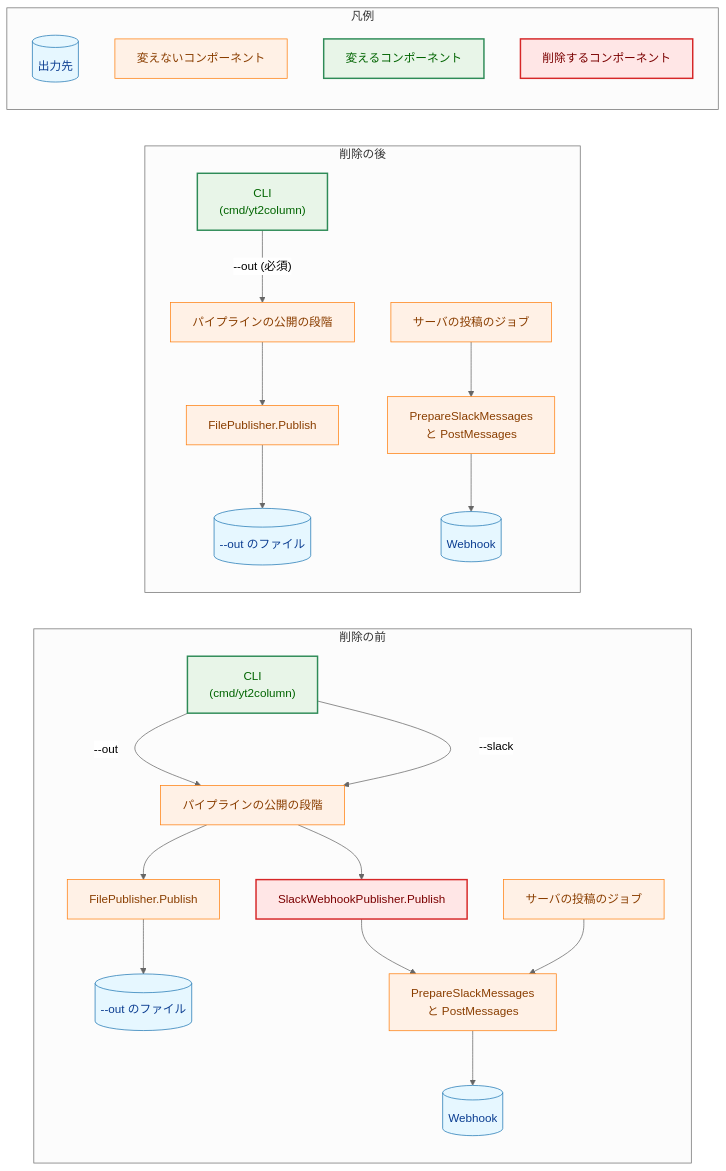
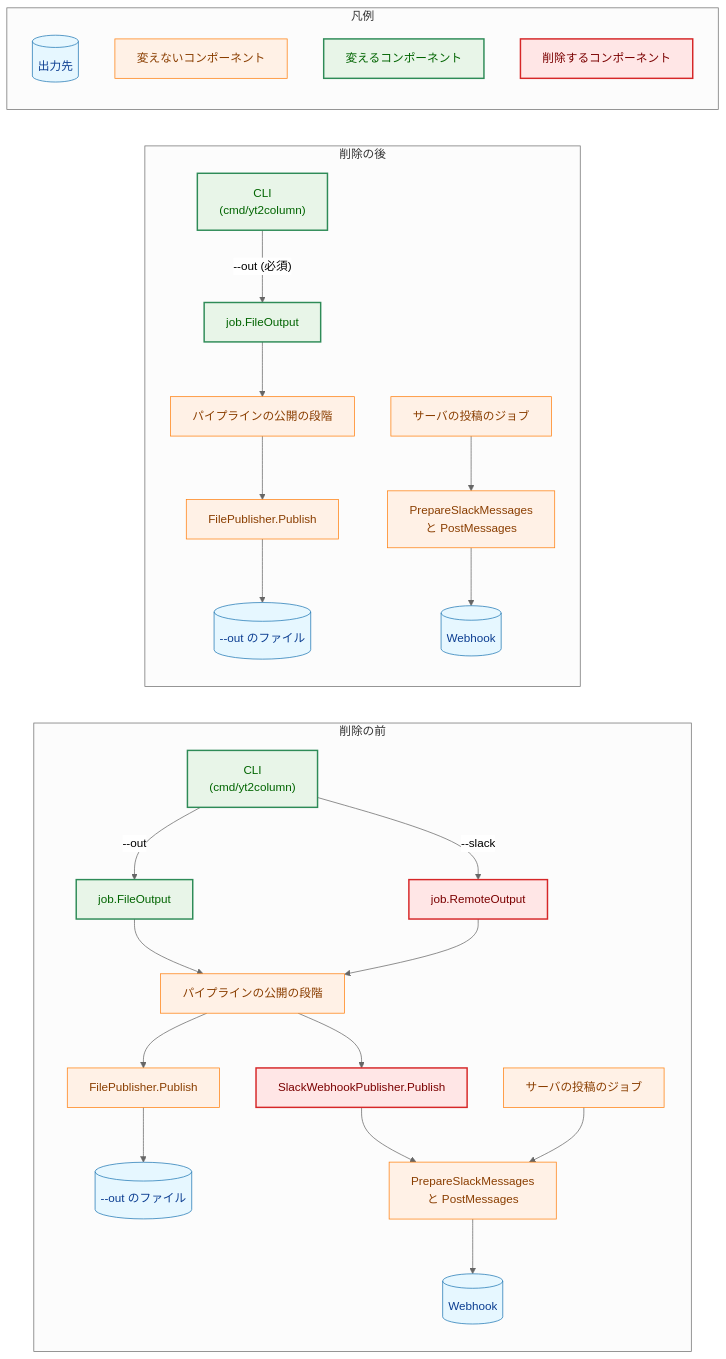
Before and after one commit to isseis/yt2column: the first of 4 diagrams in docs/tasks/0062_remove_cli_slack/02_architecture.md, drawn with Mermaid (neutral theme). The commit also changed other lines of this file, not shown here.

First line of the commit message:
docs(0062): address the architecture review findings

````diff
--- a/docs/tasks/0062_remove_cli_slack/02_architecture.md
+++ b/docs/tasks/0062_remove_cli_slack/02_architecture.md
@@ -30,51 +31,54 @@
 ```mermaid
 flowchart LR
     classDef data fill:#e6f7ff,stroke:#1f77b4,stroke-width:1px,color:#0b3d91;
     classDef process fill:#fff1e6,stroke:#ff7f0e,stroke-width:1px,color:#8a3e00;
     classDef enhanced fill:#e8f5e8,stroke:#2e8b57,stroke-width:2px,color:#006400;
     classDef problem fill:#ffe6e6,stroke:#d62728,stroke-width:2px,color:#7b0000;
 
     subgraph Before["削除の前"]
         CLI1["CLI<br>(cmd/yt2column)"]
+        FOUT1["job.FileOutput"]
+        ROUT1["job.RemoteOutput"]
         PIPE1["パイプラインの公開の段階"]
         FILE1["FilePublisher.Publish"]
         PUB1["SlackWebhookPublisher.Publish"]
         SRV1["サーバの投稿のジョブ"]
         POST1["PrepareSlackMessages<br>と PostMessages"]
         OUT1[("--out のファイル")]
         HOOK1[("Webhook")]
-        CLI1 -->|"--out"| PIPE1
-        CLI1 -->|"--slack"| PIPE1
+        CLI1 -->|"--out"| FOUT1 --> PIPE1
+        CLI1 -->|"--slack"| ROUT1 --> PIPE1
         PIPE1 --> FILE1 --> OUT1
         PIPE1 --> PUB1 --> POST1
         SRV1 --> POST1 --> HOOK1
     end
 
     subgraph After["削除の後"]
         CLI2["CLI<br>(cmd/yt2column)"]
+        FOUT2["job.FileOutput"]
         PIPE2["パイプラインの公開の段階"]
         FILE2["FilePublisher.Publish"]
         SRV2["サーバの投稿のジョブ"]
         POST2["PrepareSlackMessages<br>と PostMessages"]
         OUT2[("--out のファイル")]
         HOOK2[("Webhook")]
-        CLI2 -->|"--out (必須)"| PIPE2 --> FILE2 --> OUT2
+        CLI2 -->|"--out (必須)"| FOUT2 --> PIPE2 --> FILE2 --> OUT2
         SRV2 --> POST2 --> HOOK2
     end
 
     class PIPE1,PIPE2,FILE1,FILE2,SRV1,SRV2,POST1,POST2 process
-    class CLI1,CLI2 enhanced
-    class PUB1 problem
+    class CLI1,CLI2,FOUT1,FOUT2 enhanced
+    class PUB1,ROUT1 problem
     class OUT1,OUT2,HOOK1,HOOK2 data
 
     subgraph Legend["凡例"]
         L1[("出力先")]
         L2["変えないコンポーネント"]
         L3["変えるコンポーネント"]
         L4["削除するコンポーネント"]
     end
     class L1 data
     class L2 process
     class L3 enhanced
     class L4 problem
 ```
````
